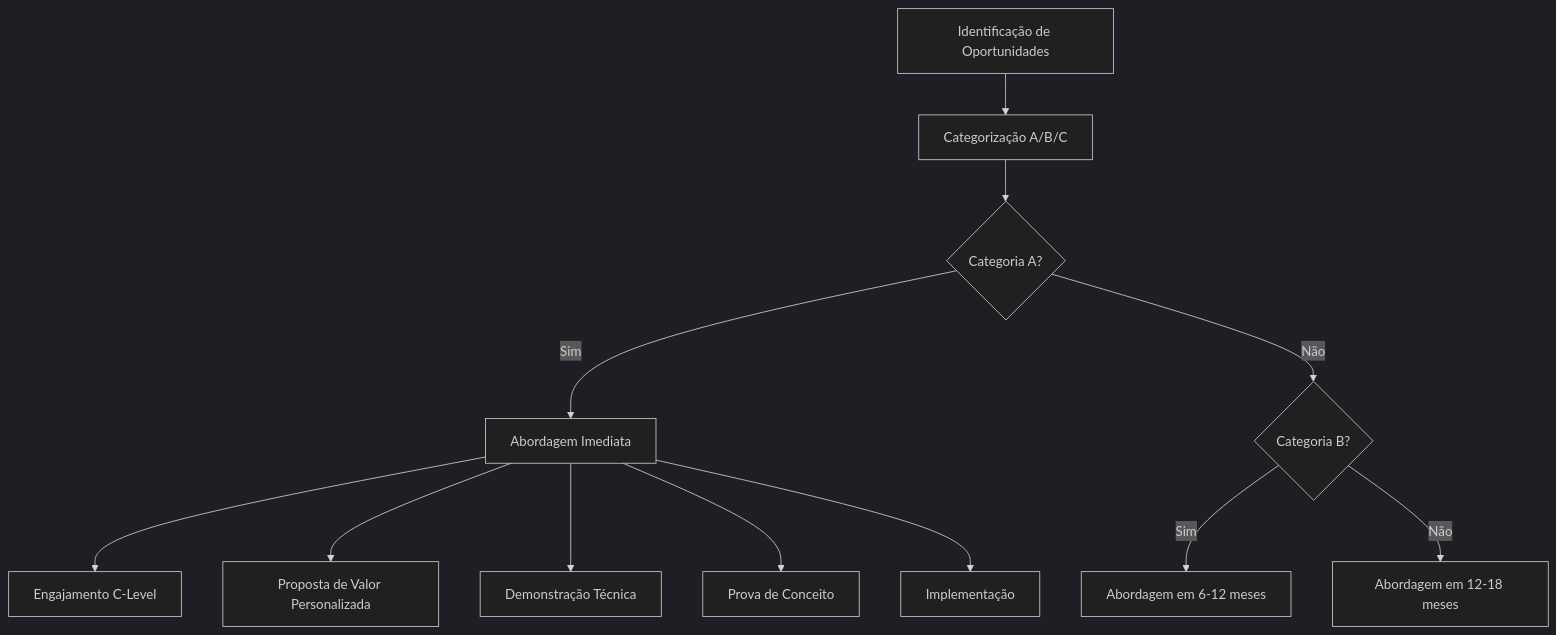
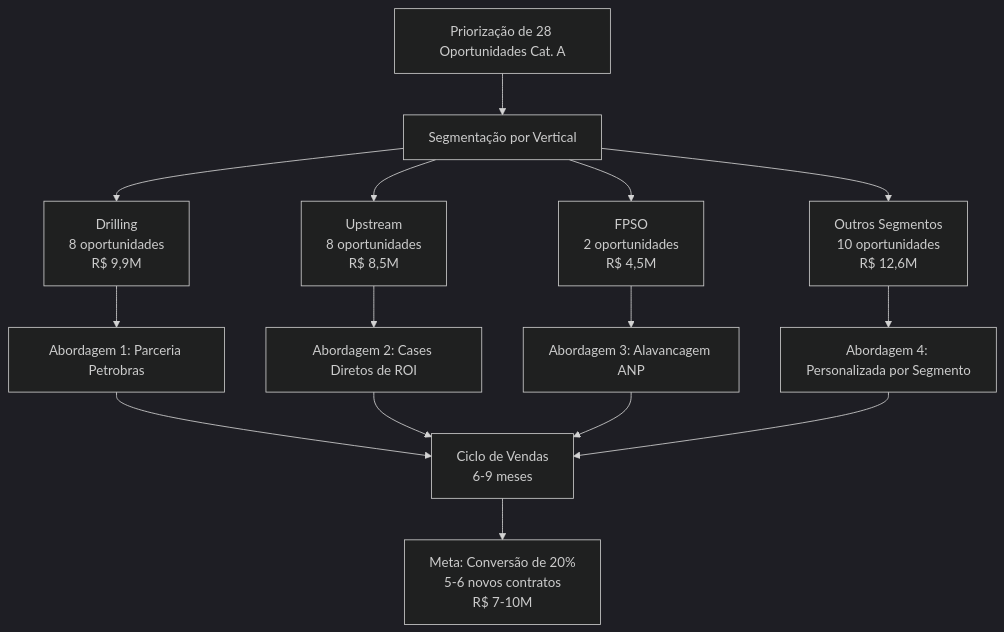
Before and after one commit to wonder-dmercadal/PublicReports: the fifth of 6 diagrams in AnaliseMercado.md, drawn with Mermaid (dark theme). The commit also changed other lines of this file, not shown here.

````diff
--- a/AnaliseMercado.md
+++ b/AnaliseMercado.md
@@ -189,14 +157,20 @@
 ```mermaid
 flowchart TD
-    A[Identificação de Oportunidades] --> B[Categorização A/B/C]
-    B --> C{Categoria A?}
-    C -->|Sim| D[Abordagem Imediata]
-    C -->|Não| E{Categoria B?}
-    E -->|Sim| F[Abordagem em 6-12 meses]
-    E -->|Não| G[Abordagem em 12-18 meses]
-    D --> H[Engajamento C-Level]
-    D --> I[Proposta de Valor Personalizada]
-    D --> J[Demonstração Técnica]
-    D --> K[Prova de Conceito]
-    D --> L[Implementação]
+    A[Priorização de 28 Oportunidades Cat. A] --> B[Segmentação por Vertical]
+    B --> C[Drilling<br>8 oportunidades<br>R$ 9,9M]
+    B --> D[Upstream<br>8 oportunidades<br>R$ 8,5M]
+    B --> E[FPSO<br>2 oportunidades<br>R$ 4,5M]
+    B --> F[Outros Segmentos<br>10 oportunidades<br>R$ 12,6M]
+    
+    C --> G[Abordagem 1: Parceria Petrobras]
+    D --> H[Abordagem 2: Cases Diretos de ROI]
+    E --> I[Abordagem 3: Alavancagem ANP]
+    F --> J[Abordagem 4: Personalizada por Segmento]
+    
+    G --> K[Ciclo de Vendas<br>6-9 meses]
+    H --> K
+    I --> K
+    J --> K
+    
+    K --> L[Meta: Conversão de 20%<br>5-6 novos contratos<br>R$ 7-10M]
 ```
````
